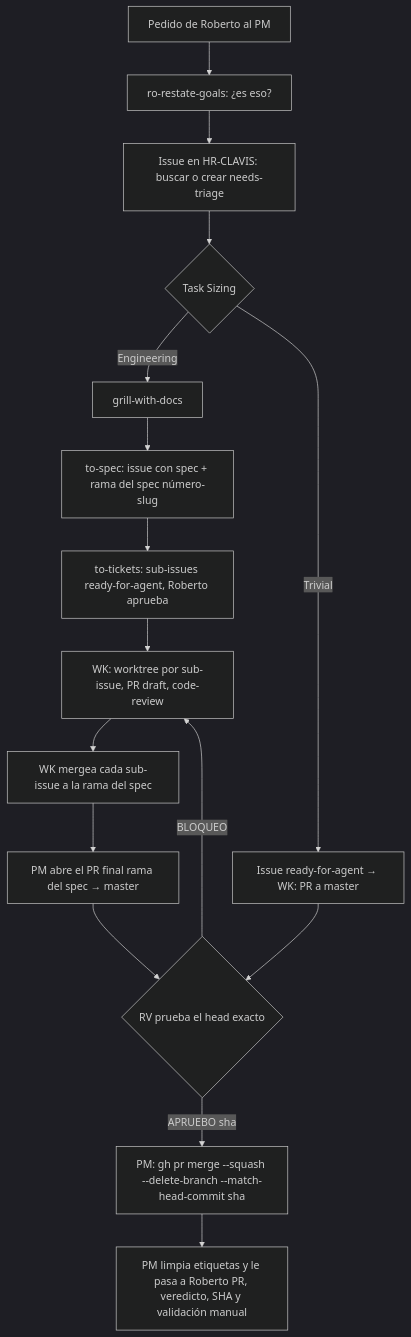
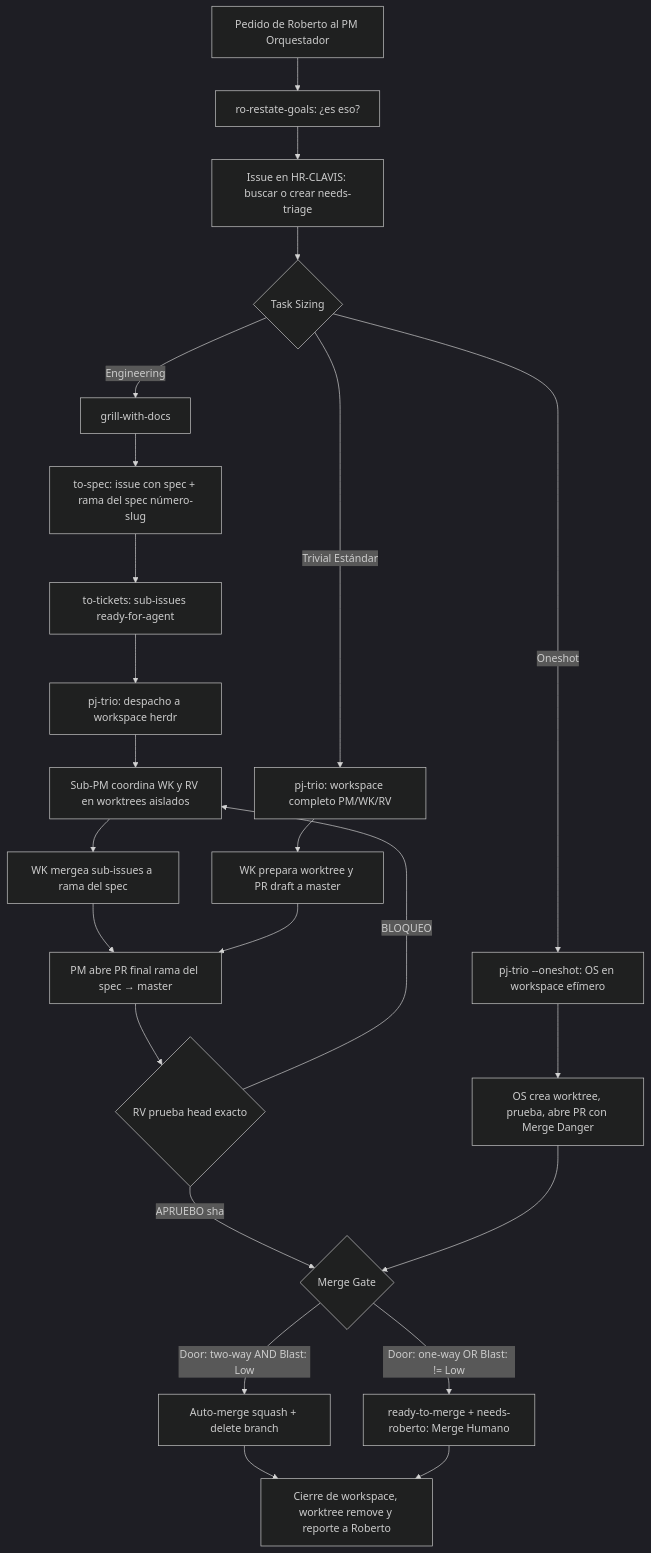
One commit to robert-flo/HR-CLAVIS changed the second of 2 diagrams in AGENTS.md. Above: the diagram before and after it, drawn with Mermaid (dark theme). The commit also changed other lines of this file, not shown here.

Commit message:
docs(agents): actualizar mapa de orquestacion, roles, herdr, merge gate y herramientas

````diff
--- a/AGENTS.md
+++ b/AGENTS.md
@@ -267,18 +315,26 @@
 ```mermaid
 flowchart TD
-  A[Pedido de Roberto al PM] --> B[ro-restate-goals: ¿es eso?]
+  A[Pedido de Roberto al PM Orquestador] --> B[ro-restate-goals: ¿es eso?]
   B --> C[Issue en HR-CLAVIS: buscar o crear needs-triage]
   C --> D{Task Sizing}
   D -- Engineering --> E[grill-with-docs]
   E --> F[to-spec: issue con spec + rama del spec número-slug]
-  F --> G[to-tickets: sub-issues ready-for-agent, Roberto aprueba]
-  G --> H[WK: worktree por sub-issue, PR draft, code-review]
-  H --> I[WK mergea cada sub-issue a la rama del spec]
-  I --> J[PM abre el PR final rama del spec → master]
-  D -- Trivial --> T[Issue ready-for-agent → WK: PR a master]
-  J --> K{RV prueba el head exacto}
-  T --> K
-  K -- BLOQUEO --> H
-  K -- APRUEBO sha --> L[PM: gh pr merge --squash --delete-branch --match-head-commit sha]
-  L --> M[PM limpia etiquetas y le pasa a Roberto PR, veredicto, SHA y validación manual]
+  F --> G[to-tickets: sub-issues ready-for-agent]
+  G --> H[pj-trio: despacho a workspace herdr]
+  H --> I[Sub-PM coordina WK y RV en worktrees aislados]
+  I --> J[WK mergea sub-issues a rama del spec]
+  J --> K[PM abre PR final rama del spec → master]
+  D -- Trivial Estándar --> L[pj-trio: workspace completo PM/WK/RV]
+  L --> M[WK prepara worktree y PR draft a master]
+  M --> K
+  D -- Oneshot --> N[pj-trio --oneshot: OS en workspace efímero]
+  N --> O[OS crea worktree, prueba, abre PR con Merge Danger]
+  K --> P{RV prueba head exacto}
+  P -- BLOQUEO --> I
+  P -- APRUEBO sha --> Q{Merge Gate}
+  O --> Q
+  Q -- Door: two-way AND Blast: Low --> R[Auto-merge squash + delete branch]
+  Q -- Door: one-way OR Blast: != Low --> S[ready-to-merge + needs-roberto: Merge Humano]
+  R --> T[Cierre de workspace, worktree remove y reporte a Roberto]
+  S --> T
 ```
````
